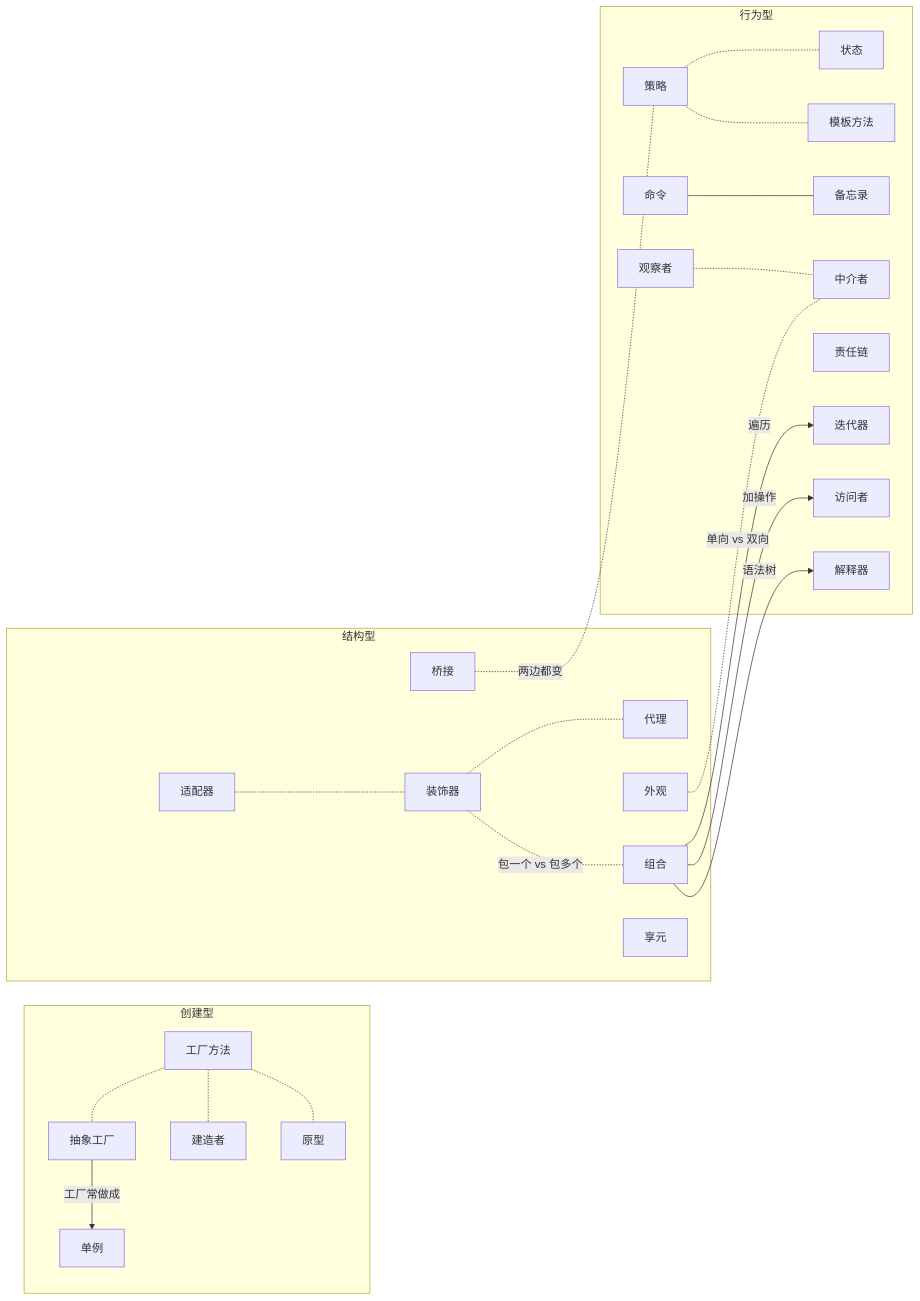
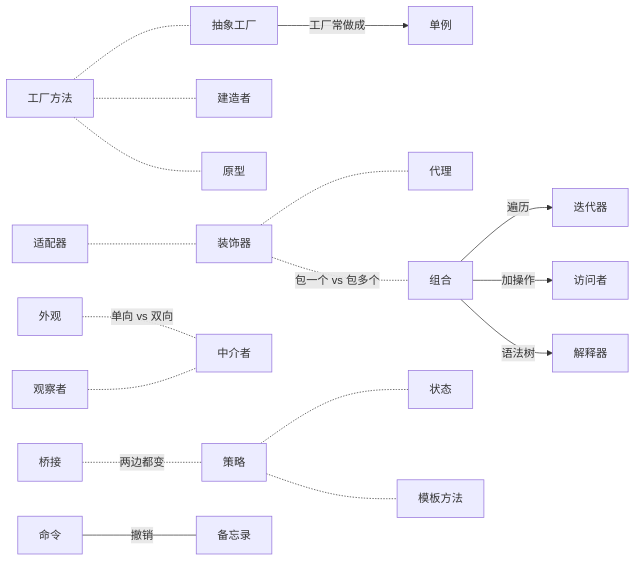
Before and after one commit to caticat/design-pattern: the diagram in docs/patterns.md, drawn with Mermaid. The commit also changed other lines of this file and 31 other files, not shown here.

Commit message:
docs: 创建型类图、关系图简化、参考答案链接

````diff
--- a/docs/patterns.md
+++ b/docs/patterns.md
@@ -77,33 +77,18 @@
 ```mermaid
 flowchart LR
-    subgraph 创建型
-        FM[工厂方法] -.- AF[抽象工厂]
-        FM -.- BD[建造者]
-        FM -.- PT[原型]
-        SG[单例]
-    end
-    subgraph 结构型
-        AD[适配器] -.- DC[装饰器] -.- PX[代理]
-        FC[外观]
-        CP[组合]
-        BR[桥接]
-        FW[享元]
-    end
-    subgraph 行为型
-        ST[策略] -.- SS[状态]
-        ST -.- TM[模板方法]
-        CM[命令] --- MM[备忘录]
-        OB[观察者] -.- MD[中介者]
-        CR[责任链]
-        IT[迭代器]
-        VS[访问者]
-        IP[解释器]
-    end
-    AF -->|工厂常做成| SG
-    DC -.-|包一个 vs 包多个| CP
-    CP -->|遍历| IT
-    CP -->|加操作| VS
-    CP -->|语法树| IP
-    FC -.-|单向 vs 双向| MD
-    BR -.-|两边都变| ST
+    FM[工厂方法] -.- AF[抽象工厂]
+    AF -->|工厂常做成| SG[单例]
+    FM -.- BD[建造者]
+    FM -.- PT[原型]
+    AD[适配器] -.- DC[装饰器] -.- PX[代理]
+    DC -.-|包一个 vs 包多个| CP[组合]
+    CP -->|遍历| IT[迭代器]
+    CP -->|加操作| VS[访问者]
+    CP -->|语法树| IP[解释器]
+    FC[外观] -.-|单向 vs 双向| MD[中介者]
+    OB[观察者] -.- MD
+    BR[桥接] -.-|两边都变| ST[策略]
+    ST -.- SS[状态]
+    ST -.- TM[模板方法]
+    CM[命令] ---|撤销| MM[备忘录]
 ```
````
